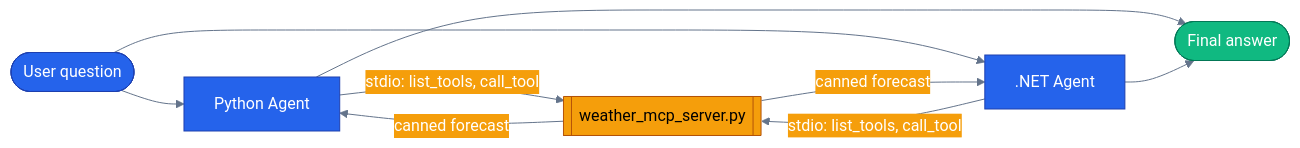
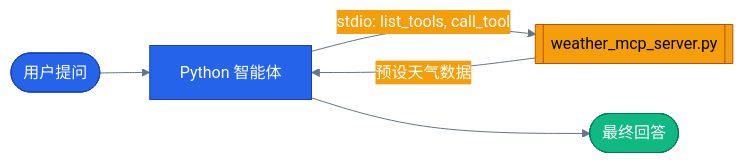
The diagram in tutorials/08-mcp-tools/README.md (s1encisi/reliable-commerce-agents), drawn with Mermaid before and after one commit. The commit also changed other lines of this file and 1033 other files, not shown here.

````diff
--- a/tutorials/08-mcp-tools/README.md
+++ b/tutorials/08-mcp-tools/README.md
@@ -26,30 +29,24 @@
 ```mermaid
 %%{init: {'theme':'base', 'themeVariables': {
   'primaryColor': '#2563eb','primaryTextColor': '#ffffff','primaryBorderColor': '#1e40af',
   'lineColor': '#64748b','secondaryColor': '#f59e0b','tertiaryColor': '#10b981',
   'background': 'transparent'}}}%%
 flowchart LR
   classDef core     fill:#2563eb,stroke:#1e40af,color:#ffffff
   classDef external fill:#f59e0b,stroke:#b45309,color:#000000
   classDef success  fill:#10b981,stroke:#047857,color:#ffffff
 
-  user([User question])
-  pyAgent[Python Agent]
-  dotnetAgent[.NET Agent]
+  user([用户提问])
+  pyAgent[Python 智能体]
   server[[weather_mcp_server.py]]
-  answer([Final answer])
+  answer([最终回答])
 
   user --> pyAgent
-  user --> dotnetAgent
   pyAgent -- "stdio: list_tools, call_tool" --> server
-  dotnetAgent -- "stdio: list_tools, call_tool" --> server
-  server -- "canned forecast" --> pyAgent
-  server -- "canned forecast" --> dotnetAgent
+  server -- "预设天气数据" --> pyAgent
   pyAgent --> answer
-  dotnetAgent --> answer
 
   class pyAgent core
-  class dotnetAgent core
   class server external
   class answer success
 ```
````
